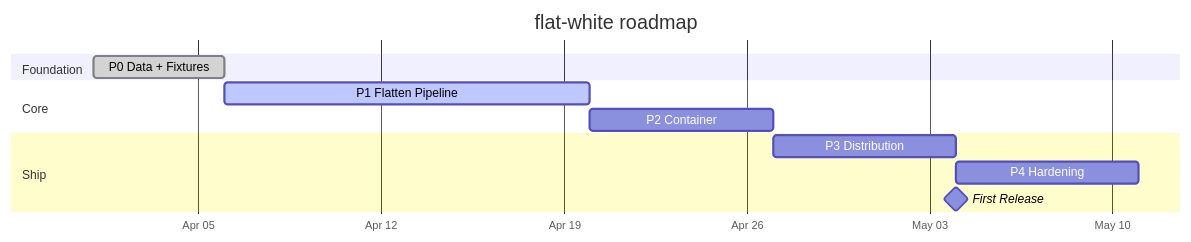
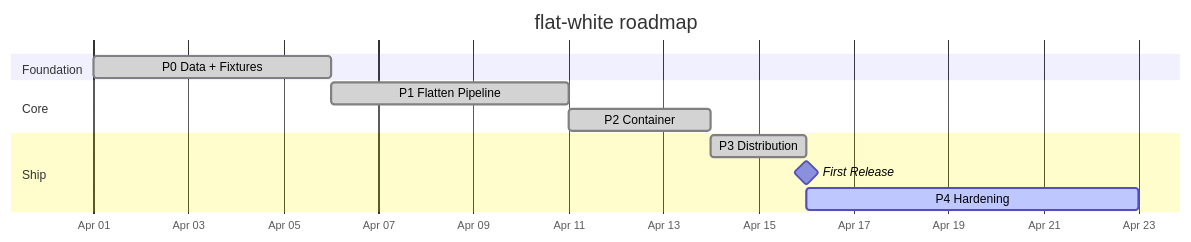
One commit to jbejenar/flat-white changed the third of 3 diagrams in README.md. Above: the diagram before and after it, drawn with Mermaid. The commit also changed other lines of this file, not shown here.

Commit message:
docs: update README project status — first release shipped
- Gantt chart: P1, P2, P3 all marked done, P4 active
- Stats: 49/66 tickets, 15M addresses released, v2026.04
- Link to first release

````diff
--- a/README.md
+++ b/README.md
@@ -296,18 +296,18 @@
 ```mermaid
 gantt
     title flat-white roadmap
     dateFormat YYYY-MM-DD
     axisFormat %b %d
 
     section Foundation
     P0 Data + Fixtures        :done, p0, 2026-04-01, 5d
 
     section Core
-    P1 Flatten Pipeline       :active, p1, after p0, 14d
-    P2 Container              :p2, after p1, 7d
+    P1 Flatten Pipeline       :done, p1, after p0, 5d
+    P2 Container              :done, p2, after p1, 3d
 
     section Ship
-    P3 Distribution           :p3, after p2, 7d
-    P4 Hardening              :p4, after p3, 7d
-    First Release             :milestone, after p3, 0d
+    P3 Distribution           :done, p3, after p2, 2d
+    First Release             :milestone, m1, after p3, 0d
+    P4 Hardening              :active, p4, after p3, 7d
 ```
````
